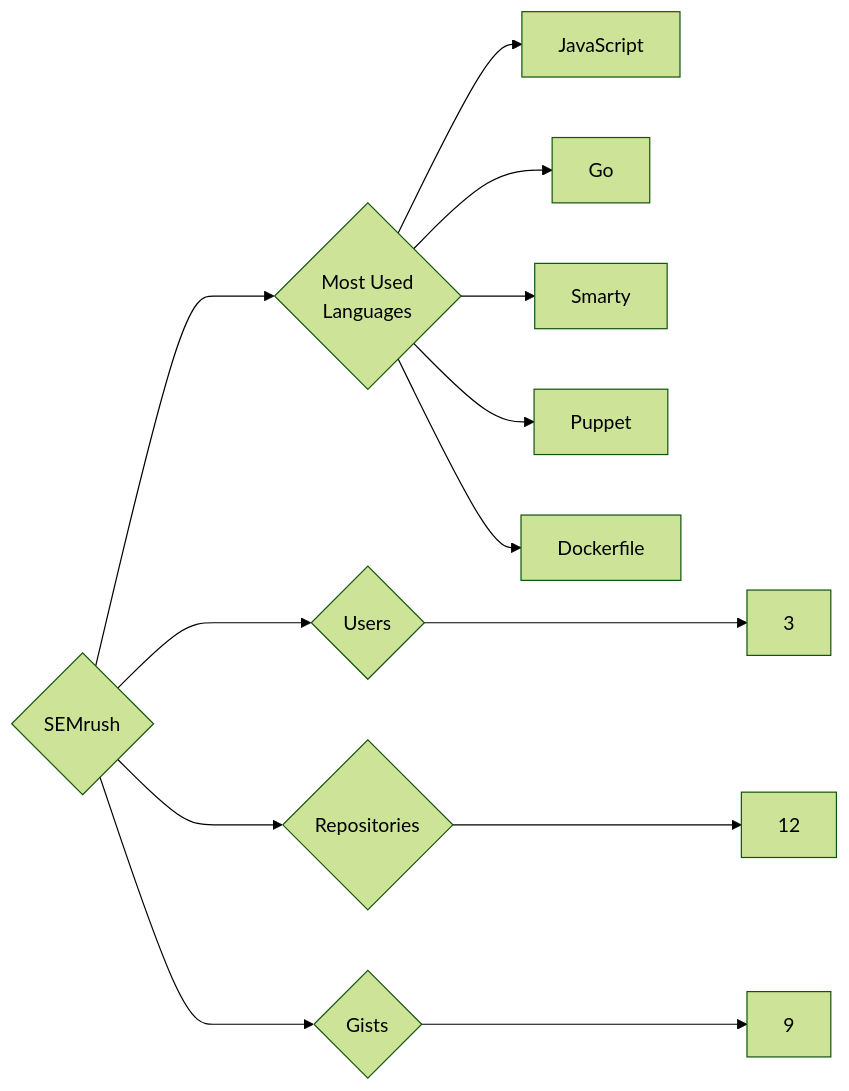
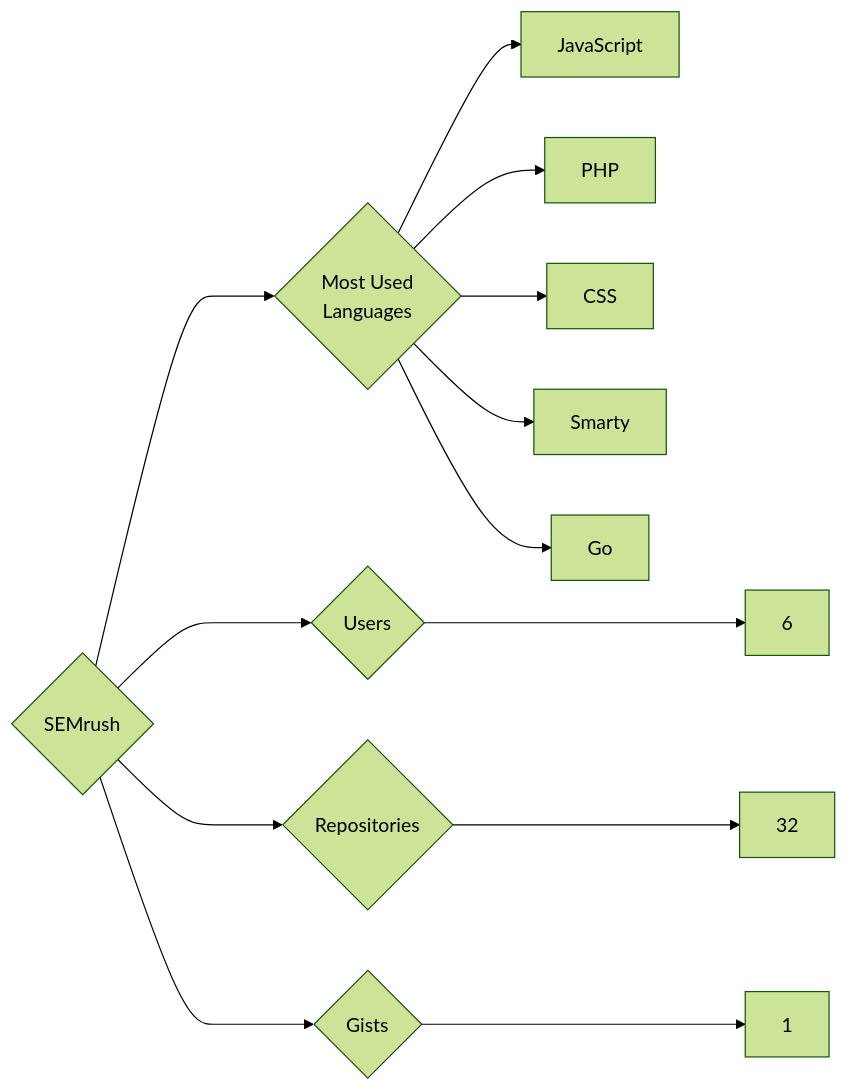
Before and after one commit to trickest/insiders: the diagram in targets/SEMrush/README.md, drawn with Mermaid (forest theme). The commit also changed 940 other files, not shown here.

````diff
--- a/targets/SEMrush/README.md
+++ b/targets/SEMrush/README.md
@@ -3,13 +3,13 @@
 ```mermaid
 graph LR
 COMPANY_NAME{SEMrush}
-COMPANY_NAME ---> U{Users} ---> UN[3]
-COMPANY_NAME ---> R{Repositories} ---> RN[12]
-COMPANY_NAME ---> G{Gists} ---> GN[9]
+COMPANY_NAME ---> U{Users} ---> UN[6]
+COMPANY_NAME ---> R{Repositories} ---> RN[32]
+COMPANY_NAME ---> G{Gists} ---> GN[1]
 COMPANY_NAME ---> ML{Most Used<br>Languages}
 ML --> JavaScript[JavaScript]
+ML --> PHP[PHP]
+ML --> CSS[CSS]
+ML --> Smarty[Smarty]
 ML --> Go[Go]
-ML --> Smarty[Smarty]
-ML --> Puppet[Puppet]
-ML --> Dockerfile[Dockerfile]
 ```
````
